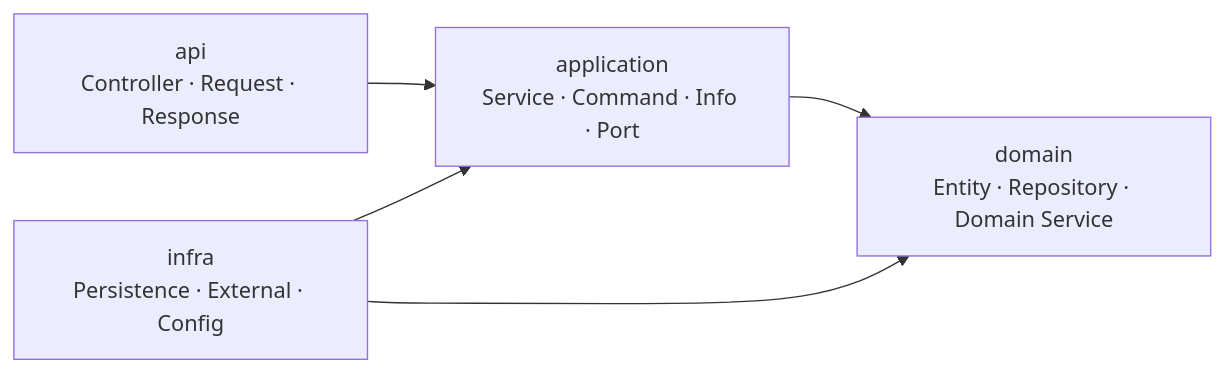
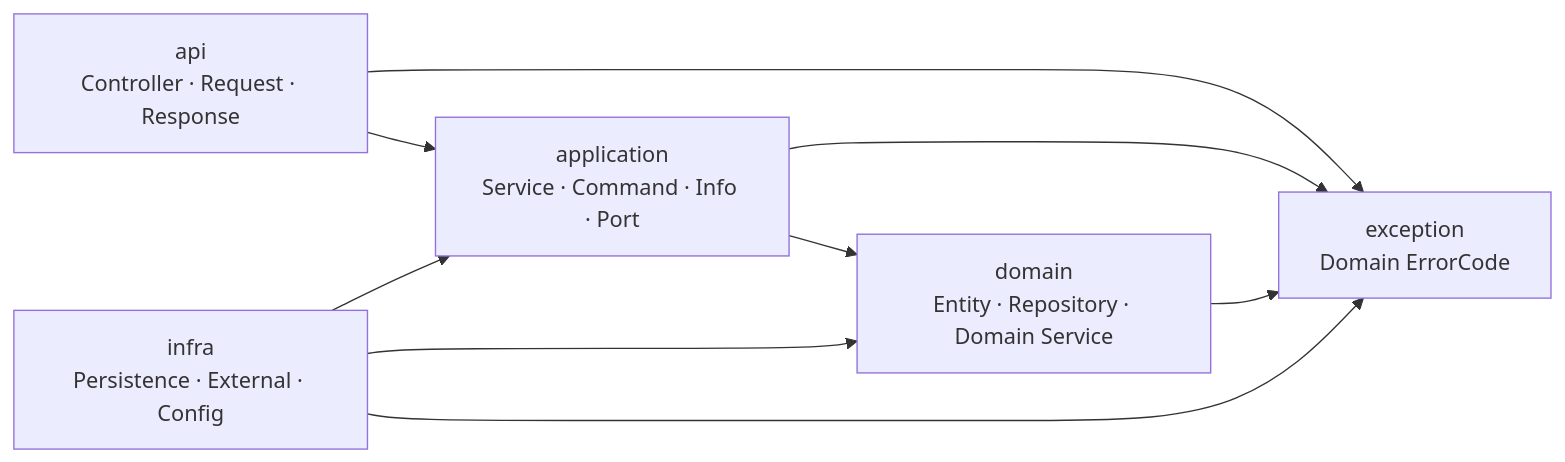
The third of 3 diagrams in docs/architecture.md (dnd-side-project/dnd-15th-5-backend), drawn with Mermaid before and after one commit. The commit also changed other lines of this file and 39 other files, not shown here.

````diff
--- a/docs/architecture.md
+++ b/docs/architecture.md
@@ -257,12 +260,17 @@
 ```mermaid
 flowchart LR
     API["api<br/>Controller · Request · Response"]
     Application["application<br/>Service · Command · Info · Port"]
     Domain["domain<br/>Entity · Repository · Domain Service"]
     Infra["infra<br/>Persistence · External · Config"]
+    Exception["exception<br/>Domain ErrorCode"]
 
     API --> Application
     Application --> Domain
     Infra --> Application
     Infra --> Domain
+    API --> Exception
+    Application --> Exception
+    Domain --> Exception
+    Infra --> Exception
 ```
````
